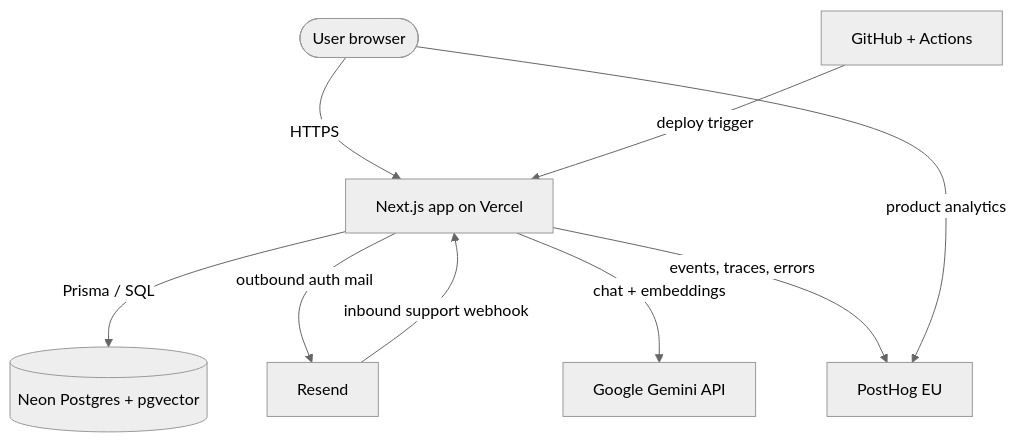
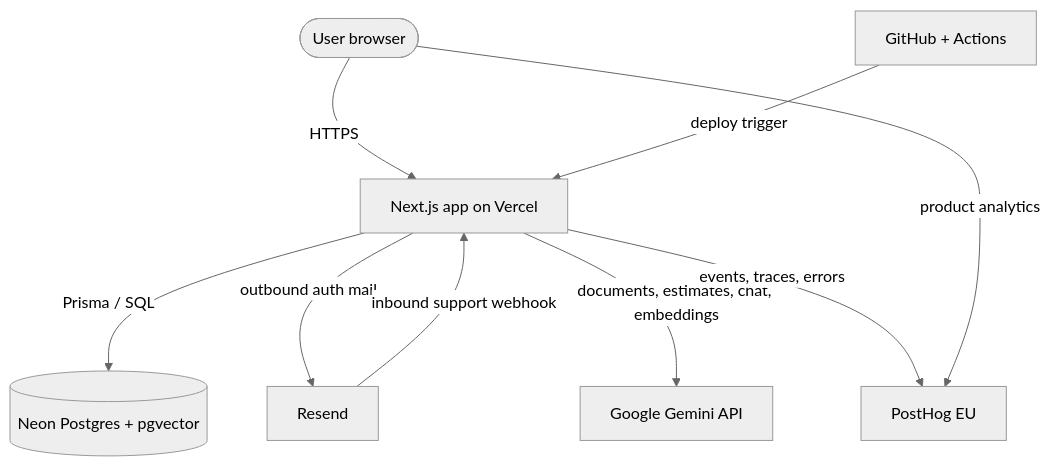
One commit to Degagemain/degage changed the diagram in docs/en/service-landscape.md. Above: the diagram before and after it, drawn with Mermaid (neutral theme). The commit also changed other lines of this file and 15 other files, not shown here.

````diff
--- a/docs/en/service-landscape.md
+++ b/docs/en/service-landscape.md
@@ -12,20 +12,20 @@
 ```mermaid
 %%{init: {'flowchart': {'nodeSpacing': 60, 'rankSpacing': 90, 'useMaxWidth': false}}}%%
 flowchart TB
     Browser([User browser])
     App[Next.js app on Vercel]
     DB[(Neon Postgres + pgvector)]
     Resend[Resend]
     Gemini[Google Gemini API]
     PostHog[PostHog EU]
     GitHub[GitHub + Actions]
 
     Browser -->|HTTPS| App
     App -->|Prisma / SQL| DB
     App -->|outbound auth mail| Resend
     Resend -->|inbound support webhook| App
-    App -->|chat + embeddings| Gemini
+    App -->|documents, estimates, chat, embeddings| Gemini
     App -->|events, traces, errors| PostHog
     Browser -->|product analytics| PostHog
     GitHub -->|deploy trigger| App
 ```
````
